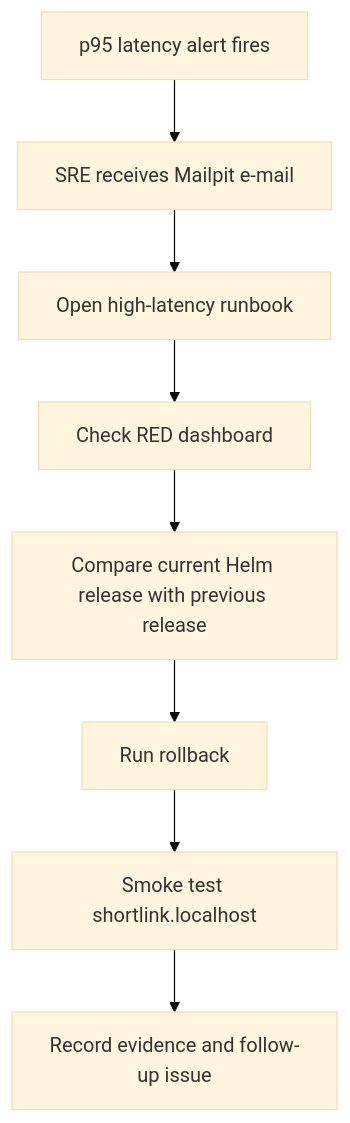
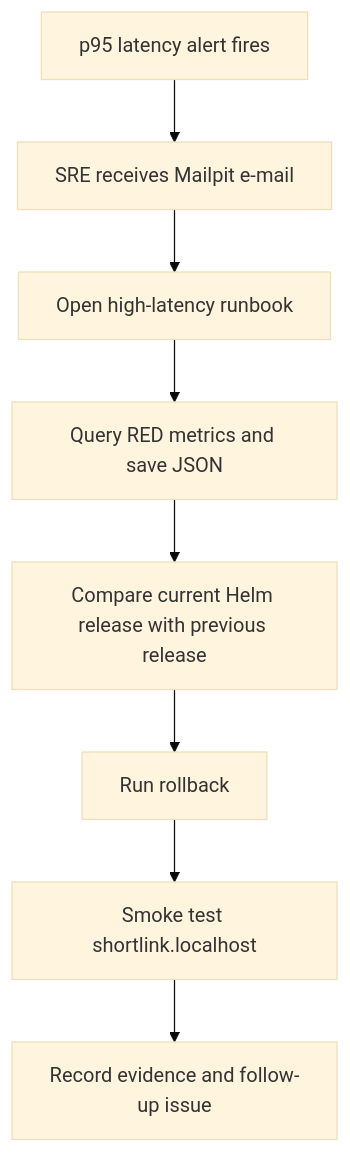
The second of 3 diagrams in docs/02-users-and-roles.md (sukurcf/spec-shipit-devops-platform), drawn with Mermaid (base theme) before and after one commit. The commit also changed other lines of this file and 14 other files, not shown here.

````diff
--- a/docs/02-users-and-roles.md
+++ b/docs/02-users-and-roles.md
@@ -67,10 +69,10 @@
 ```mermaid
 flowchart TD
   A["p95 latency alert fires"] --> B["SRE receives Mailpit e-mail"]
   B --> C["Open high-latency runbook"]
-  C --> D["Check RED dashboard"]
+  C --> D["Query RED metrics and save JSON"]
   D --> E["Compare current Helm release with previous release"]
   E --> F["Run rollback"]
   F --> G["Smoke test shortlink.localhost"]
   G --> H["Record evidence and follow-up issue"]
 ```
````
